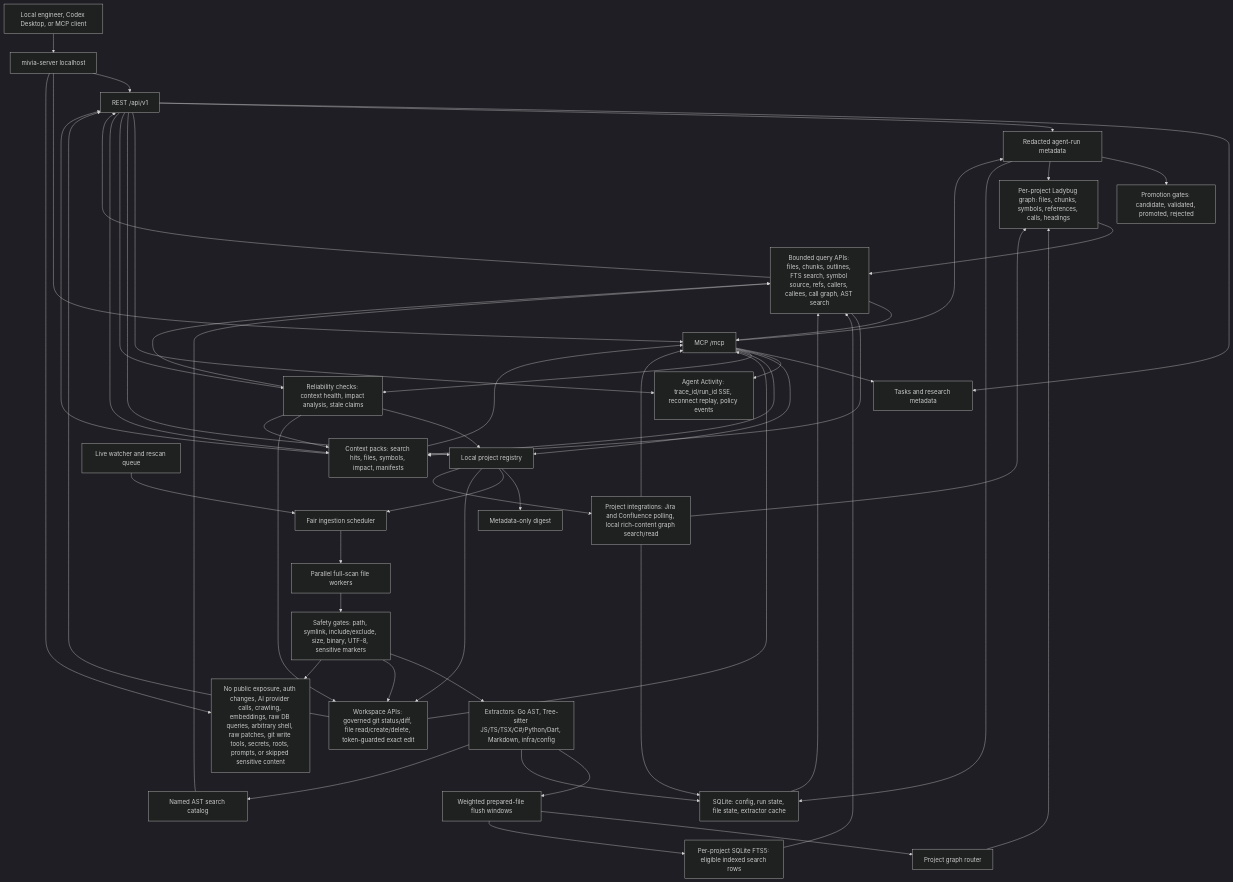
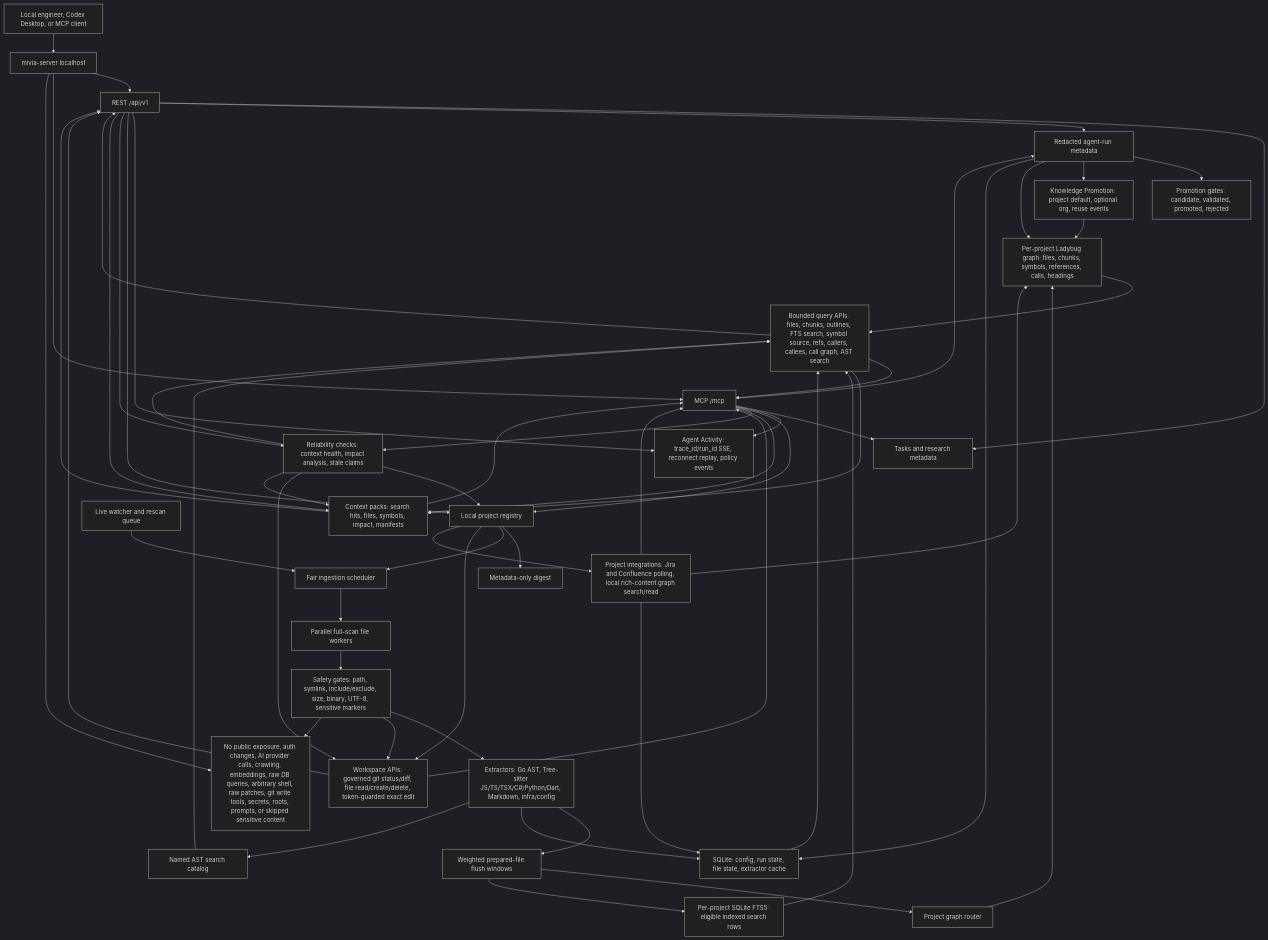
The first of 4 diagrams in README.md (MiviaLabs/go-mivia), drawn with Mermaid (dark theme) before and after one commit. The commit also changed other lines of this file and 30 other files, not shown here.

Commit message:
Implement knowledge promotion collective learning

```diff
--- a/README.md
+++ b/README.md
@@ -33,6 +33,7 @@
   Reliability["Reliability checks: context health, impact analysis, stale claims"]
   ContextPack["Context packs: search hits, files, symbols, impact, manifests"]
   Promotion["Promotion gates: candidate, validated, promoted, rejected"]
+  Knowledge["Knowledge Promotion: project default, optional org, reuse events"]
   Digest["Metadata-only digest"]
   Scheduler["Fair ingestion scheduler"]
   Live["Live watcher and rescan queue"]
@@ -60,6 +61,7 @@
   REST --> Activity
   MCP --> Activity
   AgentRuns --> Promotion
+  AgentRuns --> Knowledge
   REST --> Registry
   MCP --> Registry
   REST --> Reliability
@@ -100,6 +102,7 @@
   Integrations --> SQLite
   Integrations --> MCP
   AgentRuns --> Graph
+  Knowledge --> Graph
   AgentRuns --> SQLite
   Server --> Boundaries
   Safety --> Boundaries
```
